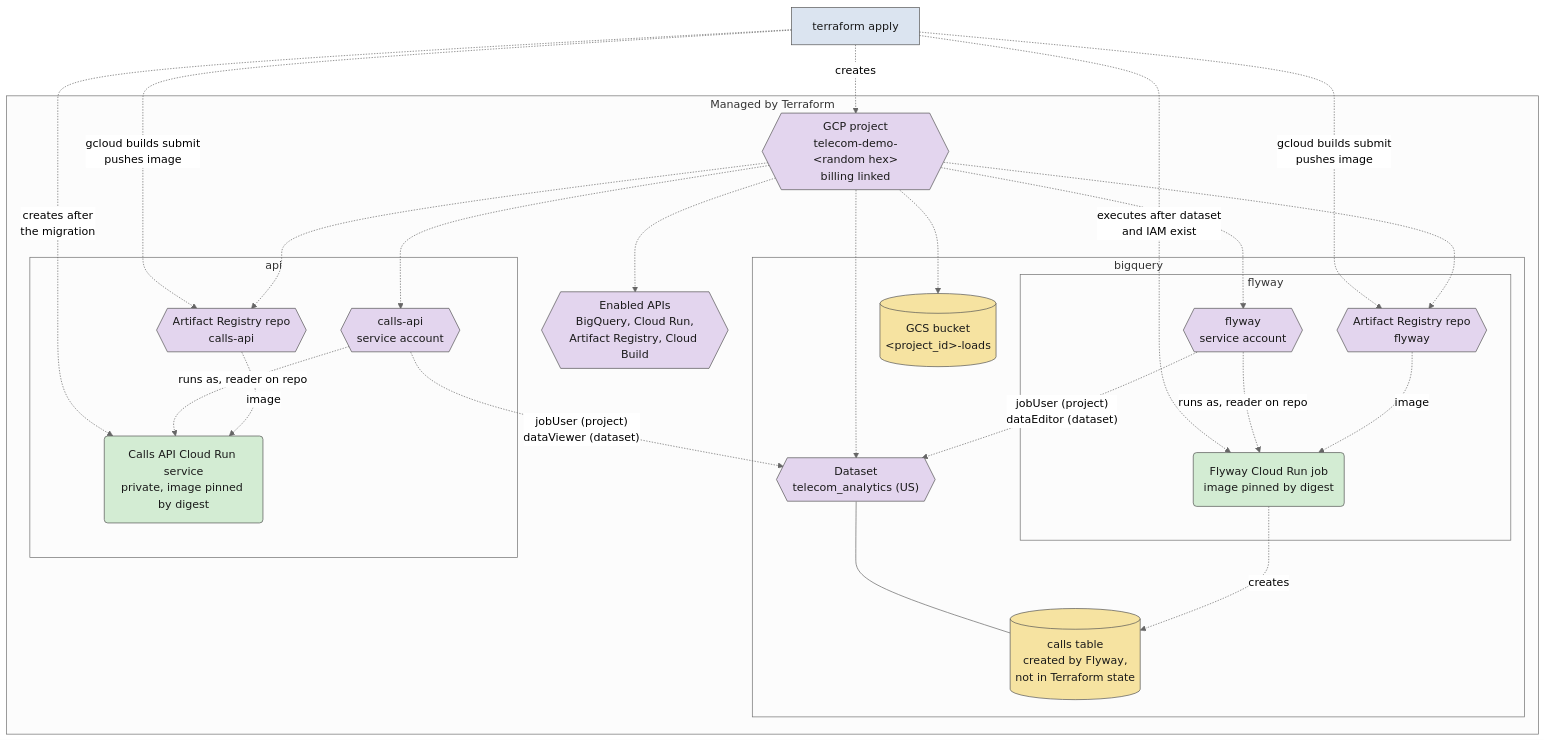
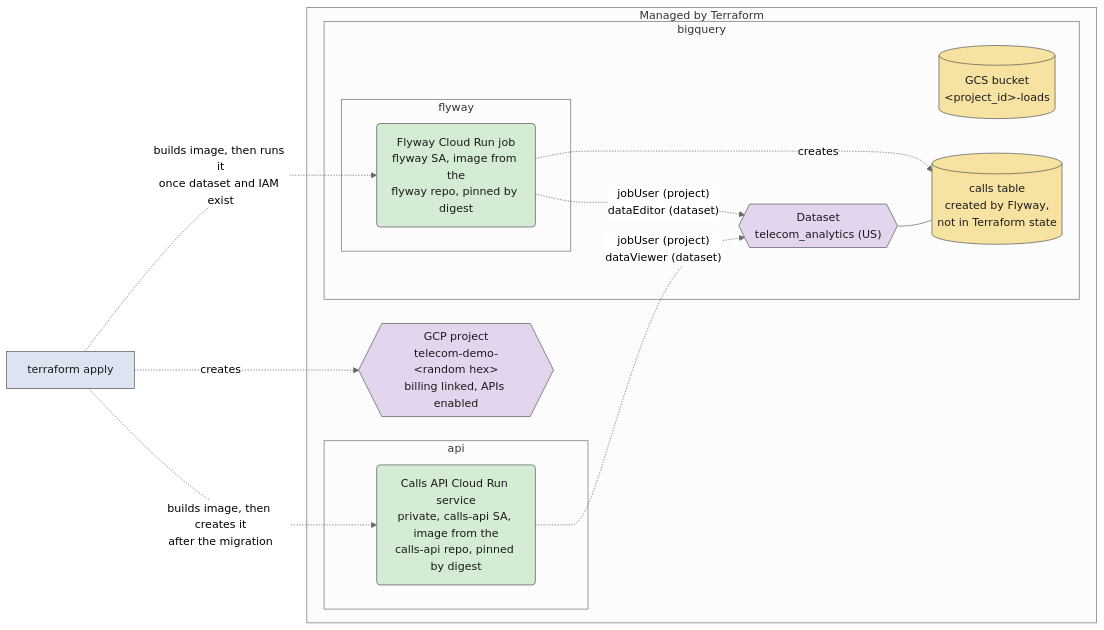
Before and after one commit to castroaj/GCP-BQ-DEMO: the third of 4 diagrams in README.md, drawn with Mermaid (neutral theme).

Commit message:
Lay the provisioning diagram out horizontally with fewer nodes
Merge each service account, registry repo and Cloud Run resource into one
node per service, and drop the project fan-out edges.

````diff
--- a/README.md
+++ b/README.md
@@ -67,57 +67,39 @@
 ```mermaid
-flowchart TD
+flowchart LR
   tf["terraform apply"]
 
   subgraph managed["Managed by Terraform"]
-    project{{"GCP project<br/>telecom-demo-&lt;random hex&gt;<br/>billing linked"}}
-    apis{{"Enabled APIs<br/>BigQuery, Cloud Run,<br/>Artifact Registry, Cloud Build"}}
+    project{{"GCP project<br/>telecom-demo-&lt;random hex&gt;<br/>billing linked, APIs enabled"}}
 
     subgraph bqBox["bigquery"]
       ds{{"Dataset<br/>telecom_analytics (US)"}}
       bucket[("GCS bucket<br/>&lt;project_id&gt;-loads")]
       table[("calls table<br/>created by Flyway,<br/>not in Terraform state")]
 
       subgraph flywayBox["flyway"]
-        sa_fly{{"flyway<br/>service account"}}
-        repo{{"Artifact Registry repo<br/>flyway"}}
-        job("Flyway Cloud Run job<br/>image pinned by digest")
+        job("Flyway Cloud Run job<br/>flyway SA, image from the<br/>flyway repo, pinned by digest")
       end
     end
 
     subgraph apiBox["api"]
-      sa_api{{"calls-api<br/>service account"}}
-      repo_api{{"Artifact Registry repo<br/>calls-api"}}
-      api("Calls API Cloud Run service<br/>private, image pinned by digest")
+      api("Calls API Cloud Run service<br/>private, calls-api SA, image from the<br/>calls-api repo, pinned by digest")
     end
   end
 
   tf -.->|creates| project
-  project -.-> apis
-  project -.-> ds
-  project -.-> bucket
-  project -.-> sa_api
-  project -.-> sa_fly
-  sa_api -.->|"jobUser (project)<br/>dataViewer (dataset)"| ds
-  sa_fly -.->|"jobUser (project)<br/>dataEditor (dataset)"| ds
-  project -.-> repo
-  tf -.->|"gcloud builds submit<br/>pushes image"| repo
-  repo -.->|"image"| job
-  sa_fly -.->|"runs as, reader on repo"| job
-  tf -.->|"executes after dataset<br/>and IAM exist"| job
+  tf -.->|"builds image, then runs it<br/>once dataset and IAM exist"| job
+  tf -.->|"builds image, then creates it<br/>after the migration"| api
+  job -.->|"jobUser (project)<br/>dataEditor (dataset)"| ds
+  api -.->|"jobUser (project)<br/>dataViewer (dataset)"| ds
   job -.->|creates| table
   ds --- table
-  project -.-> repo_api
-  tf -.->|"gcloud builds submit<br/>pushes image"| repo_api
-  repo_api -.->|"image"| api
-  sa_api -.->|"runs as, reader on repo"| api
-  tf -.->|"creates after<br/>the migration"| api
 
   classDef tool fill:#dbe4f0,stroke:#555,color:#1a1a1a
   classDef compute fill:#d3ecd3,stroke:#555,color:#1a1a1a
   classDef store fill:#f6e3a1,stroke:#555,color:#1a1a1a
   classDef resource fill:#e3d5ee,stroke:#555,color:#1a1a1a
   class tf tool
   class api,job compute
   class bucket,table store
-  class project,apis,ds,sa_api,sa_fly,repo,repo_api resource
+  class project,ds resource
 ```
````
